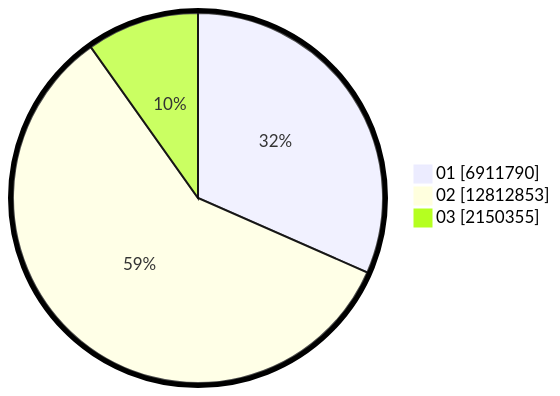
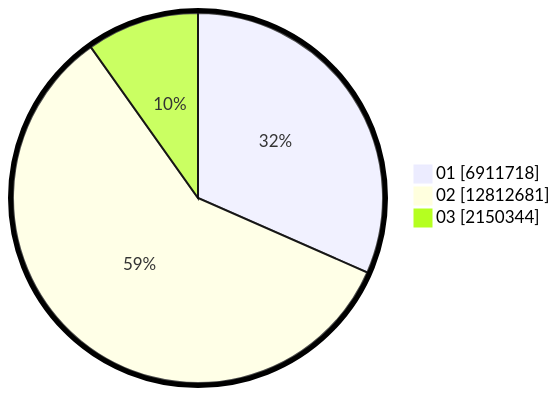
The second of 2 diagrams in pilpres/hitung-suara/sub/table-wilayah-32.md (gigit-pemilu/pemilu-2024), drawn with Mermaid before and after one commit. The commit also changed other lines of this file and 4 other files, not shown here.

````diff
--- a/pilpres/hitung-suara/sub/table-wilayah-32.md
+++ b/pilpres/hitung-suara/sub/table-wilayah-32.md
@@ -15,7 +15,7 @@
 ```mermaid
 %%{init: {"pie": {"textPosition": 0.5}, "themeVariables": {"pieOuterStrokeWidth": "5px"}} }%%
 pie showData
-    "01" : 6911790
-    "02" : 12812853
-    "03" : 2150355
+    "01" : 6911718
+    "02" : 12812681
+    "03" : 2150344
 ```
````
